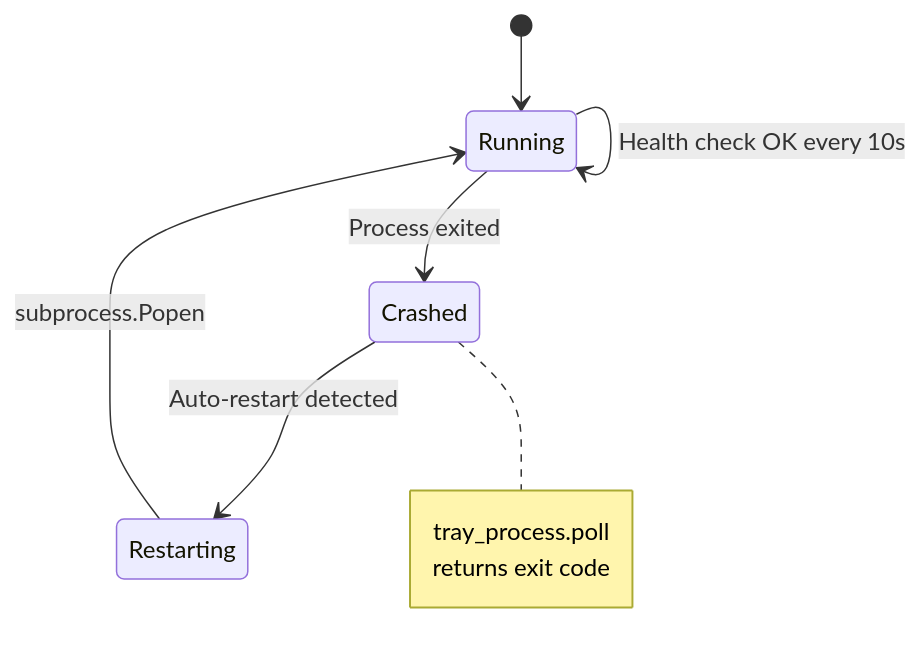
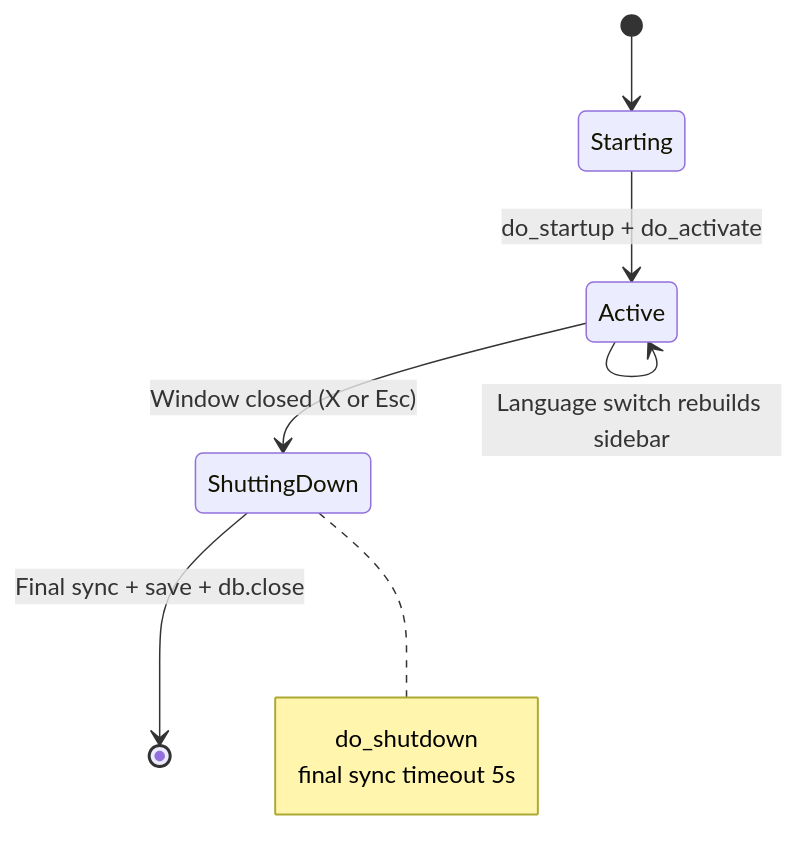
Before and after one commit to AndreaBonn/command-quiver: the fifth of 6 diagrams in docs/ARCHITECTURE.md, drawn with Mermaid. The commit also changed other lines of this file and 14 other files, not shown here.

First line of the commit message:
feat!: remove system tray, switch language from the sidebar

````diff
--- a/docs/ARCHITECTURE.md
+++ b/docs/ARCHITECTURE.md
@@ -165,14 +160,14 @@
 ```mermaid
 stateDiagram-v2
-  [*] --> Running
+  [*] --> Starting
 
-  Running --> Running : Health check OK every 10s
-  Running --> Crashed : Process exited
-  Crashed --> Restarting : Auto-restart detected
-  Restarting --> Running : subprocess.Popen
+  Starting --> Active : do_startup + do_activate
+  Active --> Active : Language switch rebuilds sidebar
+  Active --> ShuttingDown : Window closed (X or Esc)
+  ShuttingDown --> [*] : Final sync + save + db.close
 
-  note right of Crashed
-    tray_process.poll
-    returns exit code
+  note right of ShuttingDown
+    do_shutdown
+    final sync timeout 5s
   end note
 ```
````
